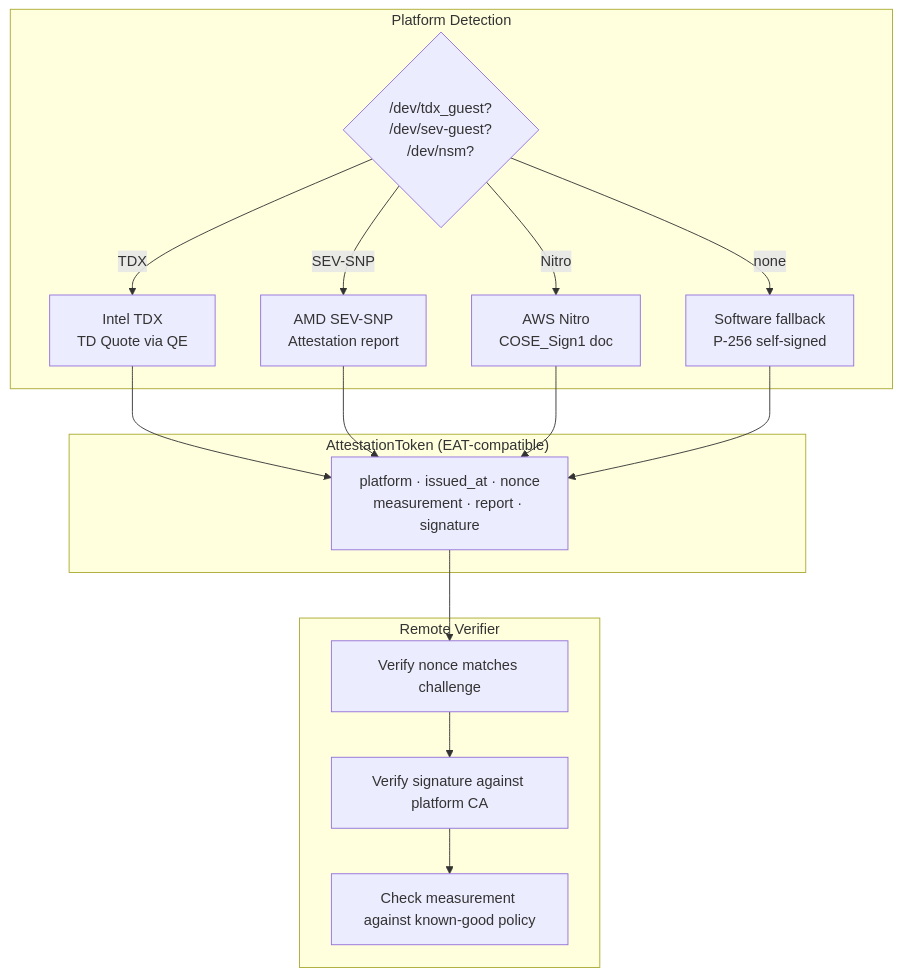
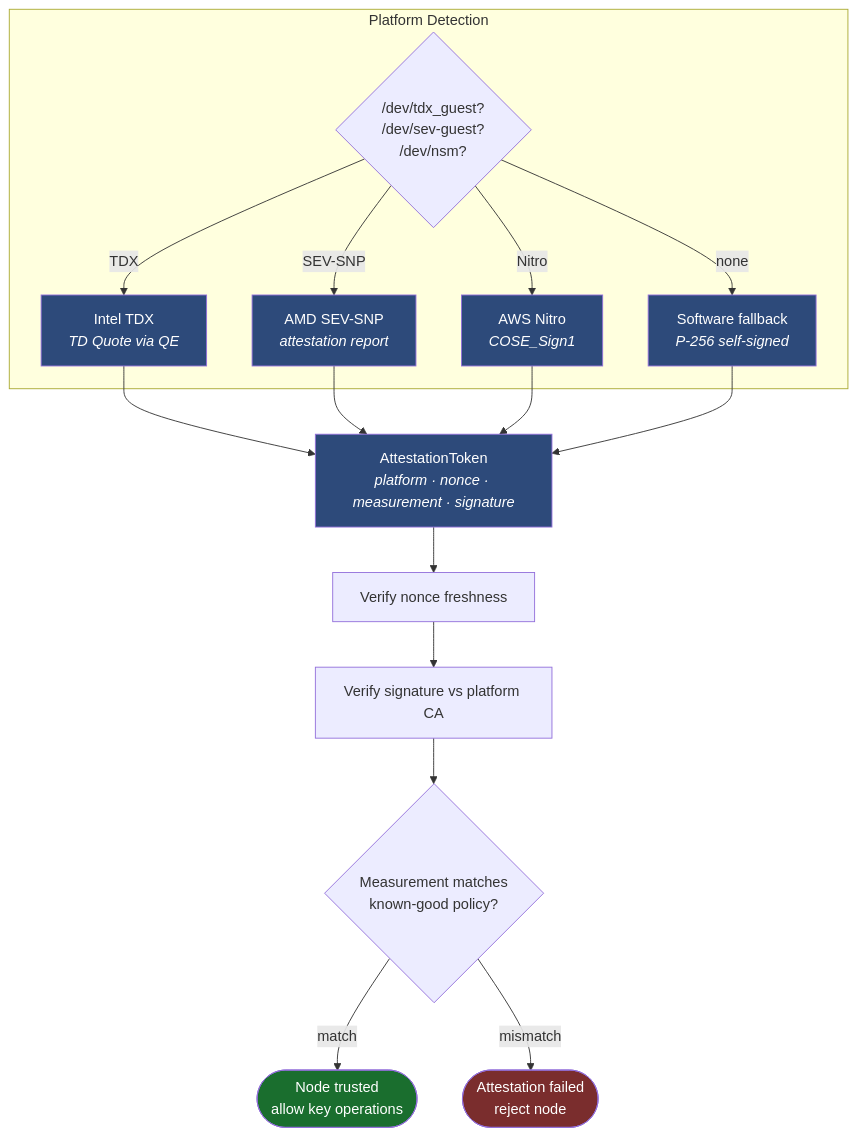
Before and after one commit to sonoransun/multicraton-hsm-testnet: the eighth of 16 diagrams in README.md, drawn with Mermaid. The commit also changed other lines of this file and 28 other files, not shown here.

````diff
--- a/README.md
+++ b/README.md
@@ -254,23 +278,25 @@
 ```mermaid
 flowchart TD
     subgraph DETECT["Platform Detection"]
         D{"/dev/tdx_guest?<br/>/dev/sev-guest?<br/>/dev/nsm?"}
-        D -->|TDX| TDX["Intel TDX<br/>TD Quote via QE"]
-        D -->|SEV-SNP| SNP["AMD SEV-SNP<br/>Attestation report"]
-        D -->|Nitro| NITRO["AWS Nitro<br/>COSE_Sign1 doc"]
-        D -->|none| SW["Software fallback<br/>P-256 self-signed"]
+        D -->|TDX| TDX["Intel TDX<br/><i>TD Quote via QE</i>"]
+        D -->|SEV-SNP| SNP["AMD SEV-SNP<br/><i>attestation report</i>"]
+        D -->|Nitro| NITRO["AWS Nitro<br/><i>COSE_Sign1</i>"]
+        D -->|none| SW["Software fallback<br/><i>P-256 self-signed</i>"]
     end
 
-    subgraph TOKEN["AttestationToken (EAT-compatible)"]
-        F["platform · issued_at · nonce<br/>measurement · report · signature"]
-    end
+    TDX & SNP & NITRO & SW --> TOKEN["AttestationToken<br/><i>platform · nonce · measurement · signature</i>"]
 
-    subgraph VERIFY["Remote Verifier"]
-        V1["Verify nonce matches challenge"]
-        V2["Verify signature against platform CA"]
-        V3["Check measurement against known-good policy"]
-    end
+    TOKEN --> V1["Verify nonce freshness"]
+    V1 --> V2["Verify signature vs platform CA"]
+    V2 --> V3{"Measurement matches<br/>known-good policy?"}
+    V3 -->|match| TRUST(["Node trusted<br/>allow key operations"])
+    V3 -->|mismatch| REJECT(["Attestation failed<br/>reject node"])
 
-    TDX & SNP & NITRO & SW --> F
-    F --> V1 --> V2 --> V3
+    classDef ok fill:#1a6e2e,color:#fff
+    classDef fail fill:#7a2d2d,color:#fff
+    classDef platform fill:#2d4a7a,color:#fff
+    class TRUST ok
+    class REJECT fail
+    class TDX,SNP,NITRO,SW,TOKEN platform
 ```
````
